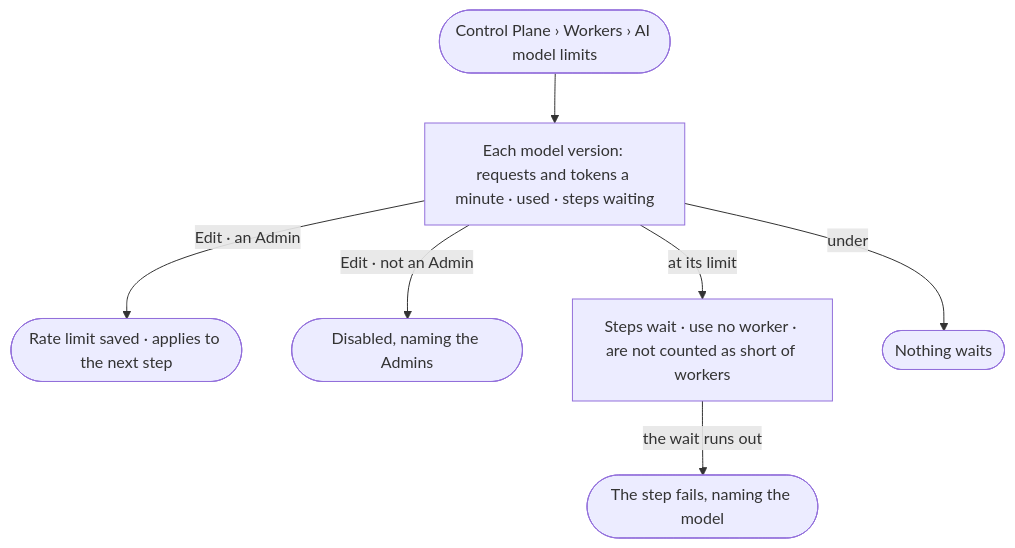
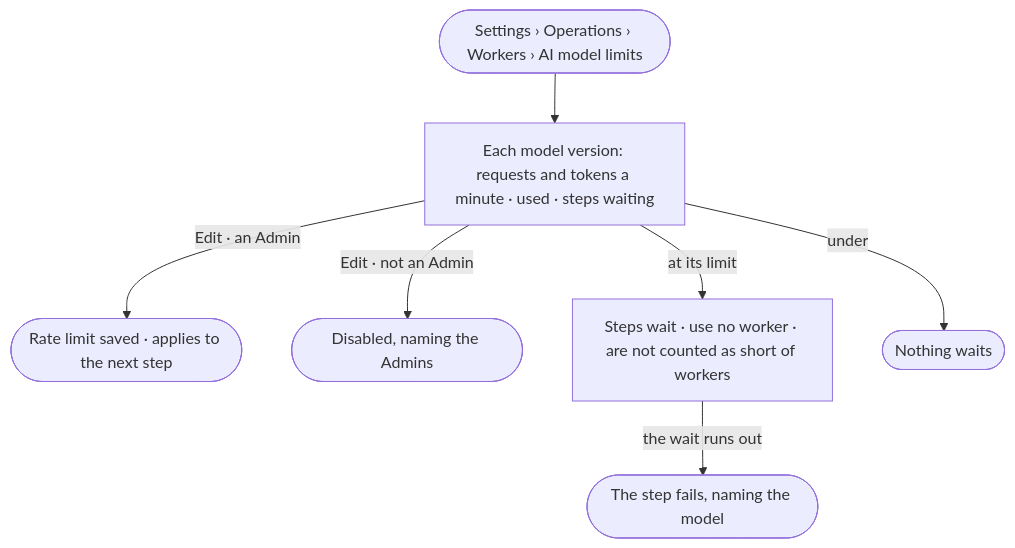
Before and after one commit to invana/invana: the diagram in specs/os/control/features/CP-F04-limits/stories/CP-13-see-each-ai-models-rate-limit-and-what-waits-on-it/story.md, drawn with Mermaid. The commit also changed 106 other files, not shown here.

````diff
--- a/specs/os/control/features/CP-F04-limits/stories/CP-13-see-each-ai-models-rate-limit-and-what-waits-on-it/story.md
+++ b/specs/os/control/features/CP-F04-limits/stories/CP-13-see-each-ai-models-rate-limit-and-what-waits-on-it/story.md
@@ -26,9 +26,9 @@
 ```mermaid
 flowchart TD
-  s([Control Plane › Workers › AI model limits]) --> m["Each model version: requests and tokens a minute · used · steps waiting"]
+  s([Settings › Operations › Workers › AI model limits]) --> m["Each model version: requests and tokens a minute · used · steps waiting"]
   m -->|Edit · an Admin| ed(["Rate limit saved · applies to the next step"])
   m -->|Edit · not an Admin| ro(["Disabled, naming the Admins"])
   m -->|at its limit| w["Steps wait · use no worker · are not counted as short of workers"]
   w -->|the wait runs out| f(["The step fails, naming the model"])
   m -->|under| ok(["Nothing waits"])
 ```
````
